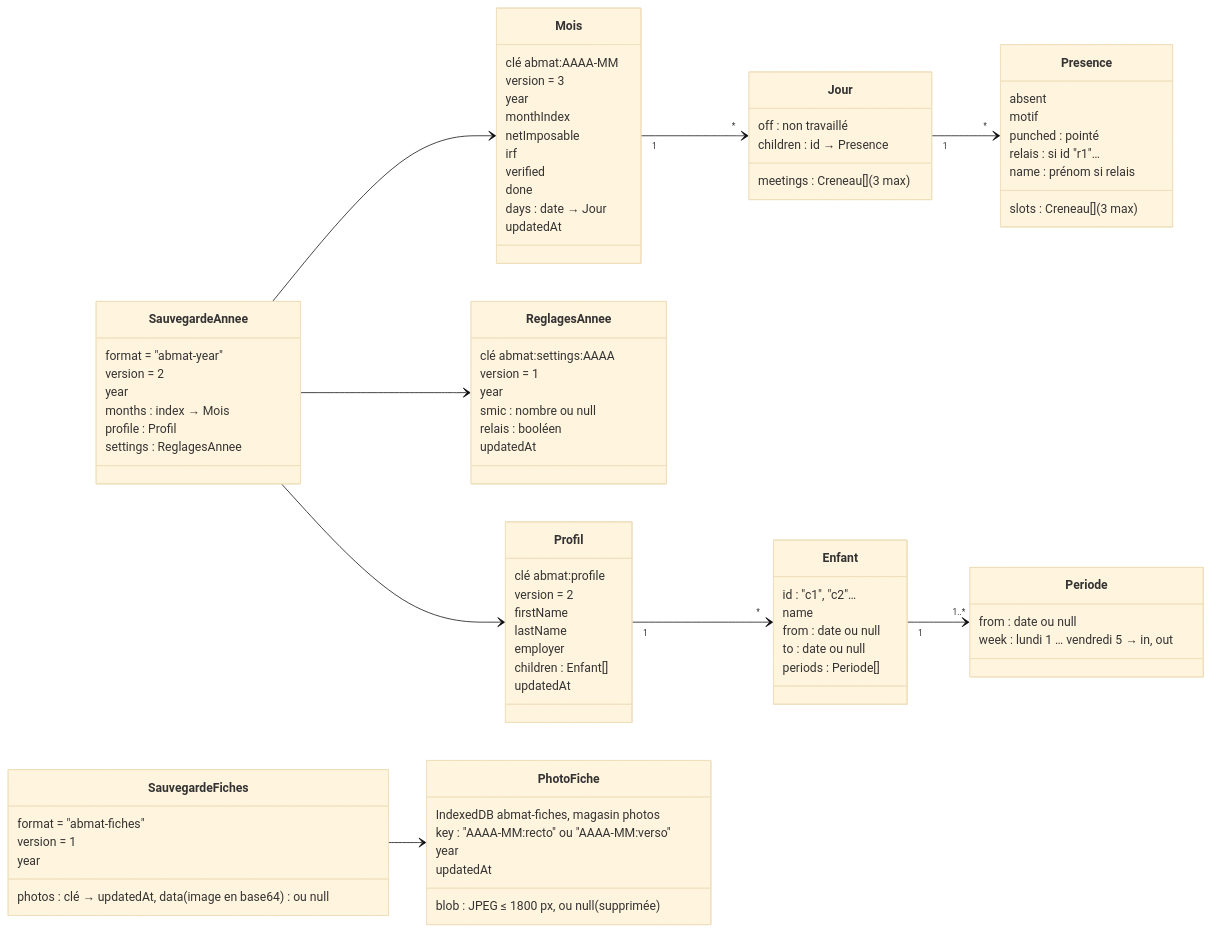
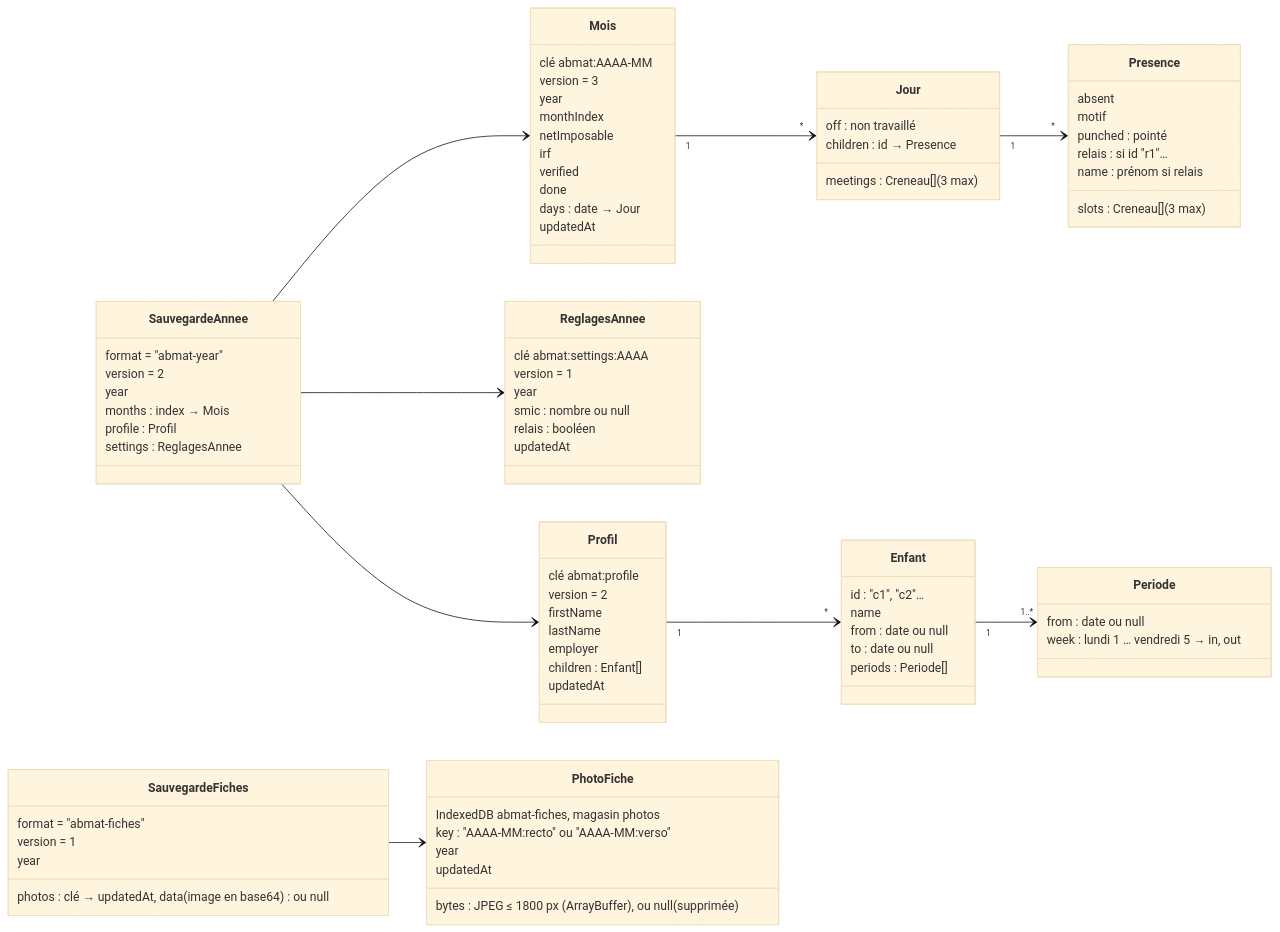
Before and after one commit to AurelienBBY/assmat-calcul-abattement: the diagram in docs/schema-donnees-v3.md, drawn with Mermaid (base theme). The commit also changed other lines of this file and 3 other files, not shown here.

```diff
--- a/docs/schema-donnees-v3.md
+++ b/docs/schema-donnees-v3.md
@@ -77,7 +77,7 @@
     IndexedDB abmat-fiches, magasin photos
     key : "AAAA-MM:recto" ou "AAAA-MM:verso"
     year
-    blob : JPEG ≤ 1800 px, ou null (supprimée)
+    bytes : JPEG ≤ 1800 px (ArrayBuffer), ou null (supprimée)
     updatedAt
   }
   class SauvegardeFiches {
```
